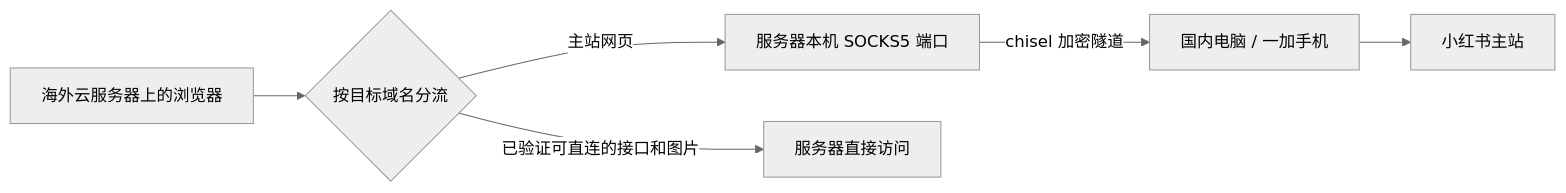
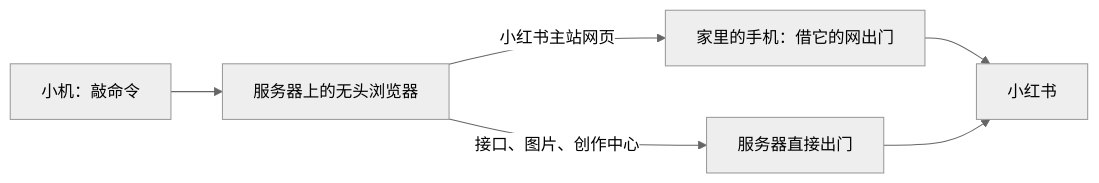
Before and after one commit to lllq-123/cloud-browser-home-exit: the diagram in README.md, drawn with Mermaid (neutral theme). The commit also changed other lines of this file and 59 other files, not shown here.

````diff
--- a/README.md
+++ b/README.md
@@ -20,8 +47,8 @@
 ```mermaid
 flowchart LR
-    A[海外云服务器上的浏览器] --> B{按目标域名分流}
-    B -->|主站网页| C[服务器本机 SOCKS5 端口]
-    C -->|chisel 加密隧道| D[国内电脑 / 一加手机]
-    D --> E[小红书主站]
-    B -->|已验证可直连的接口和图片| F[服务器直接访问]
+    A[小机：敲命令] --> B[服务器上的无头浏览器]
+    B -->|小红书主站网页| C[家里的手机：借它的网出门]
+    B -->|接口、图片、创作中心| D[服务器直接出门]
+    C --> E[小红书]
+    D --> E
 ```
````
